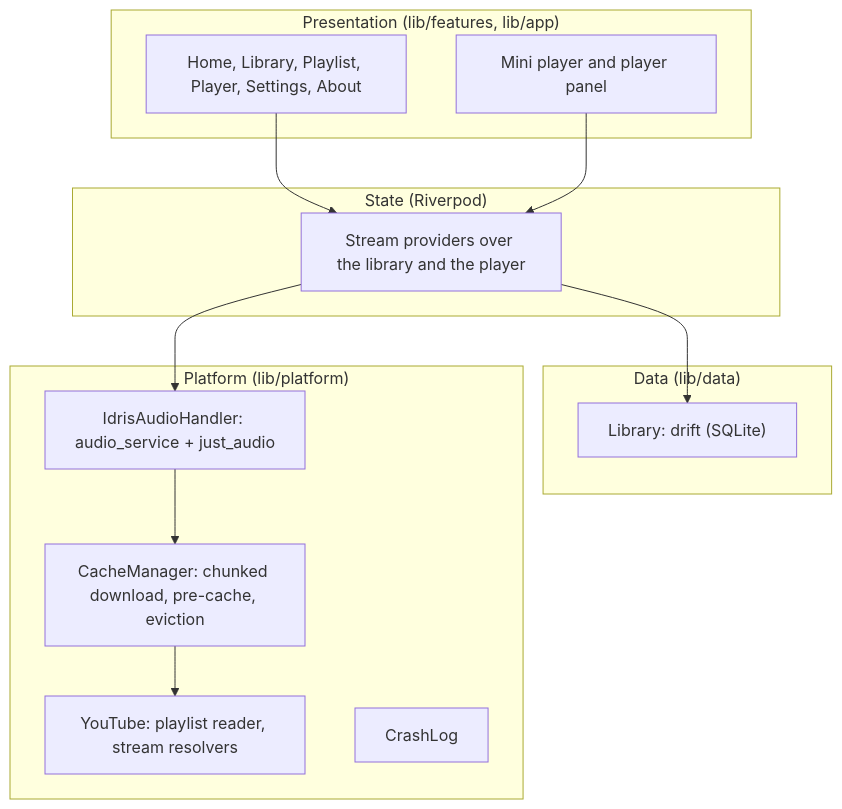
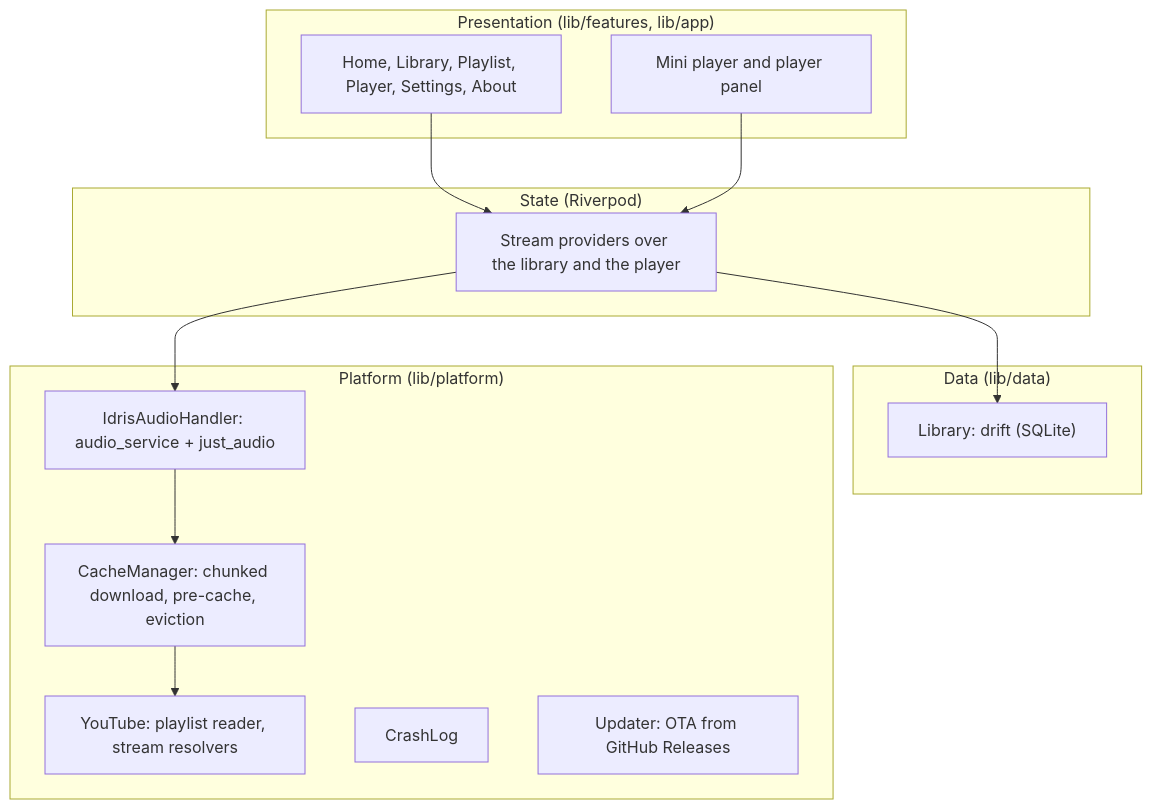
Before and after one commit to isg32/idris: the diagram in README.md, drawn with Mermaid. The commit also changed other lines of this file and 19 other files, not shown here.

First line of the commit message:
Let Idris update itself from GitHub Releases (1.2.0)

````diff
--- a/README.md
+++ b/README.md
@@ -63,22 +64,23 @@
 ```mermaid
 flowchart TB
     subgraph UI["Presentation (lib/features, lib/app)"]
         pages["Home, Library, Playlist, Player, Settings, About"]
         mini["Mini player and player panel"]
     end
     subgraph State["State (Riverpod)"]
         providers["Stream providers over the library and the player"]
     end
     subgraph Data["Data (lib/data)"]
         library["Library: drift (SQLite)"]
     end
     subgraph Platform["Platform (lib/platform)"]
         handler["IdrisAudioHandler: audio_service + just_audio"]
         cache["CacheManager: chunked download, pre-cache, eviction"]
         yt["YouTube: playlist reader, stream resolvers"]
         crash["CrashLog"]
+        updater["Updater: OTA from GitHub Releases"]
     end
     pages --> providers --> library
     mini --> providers --> handler
     handler --> cache --> yt
 ```
````
